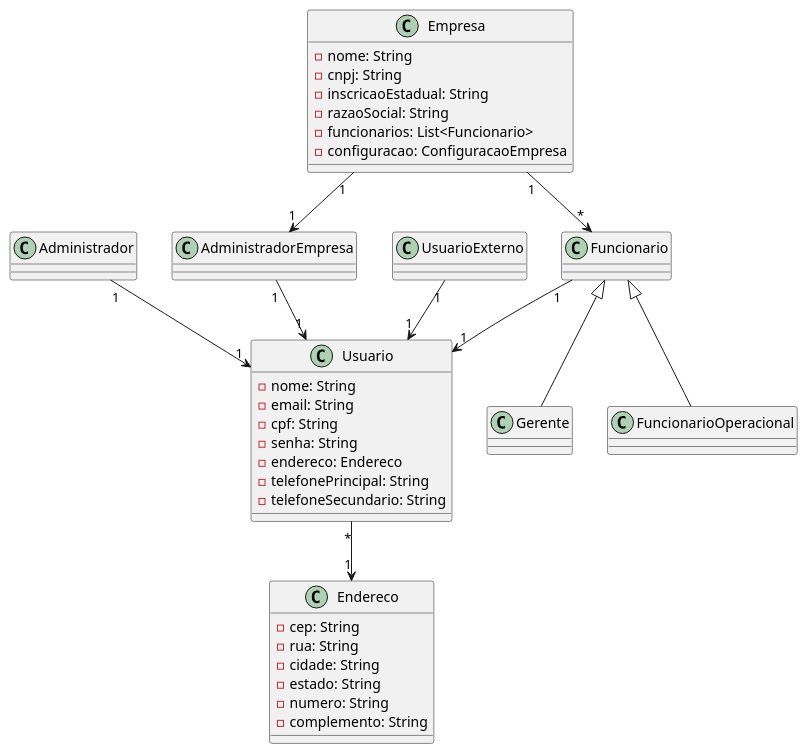
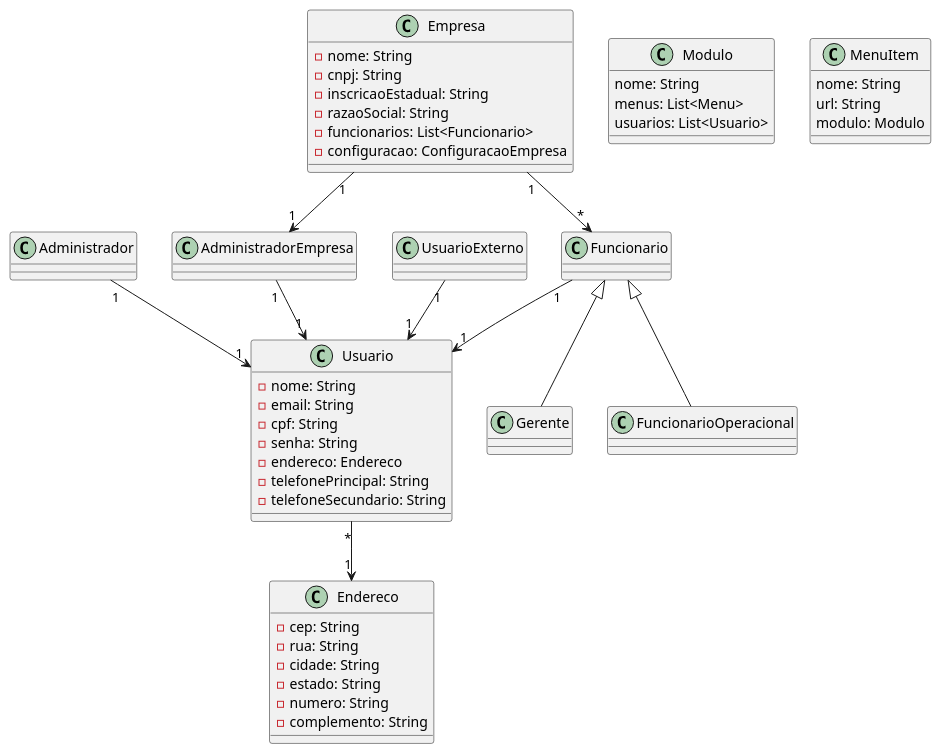
One commit to luan-coelho/quarkus-common changed the diagram in diagram-class.plantuml. Above: the diagram before and after it, drawn with PlantUML. The commit also changed 29 other files, not shown here.

```diff
--- a/diagram-class.plantuml
+++ b/diagram-class.plantuml
@@ -1,81 +1,96 @@
 @startuml
 
 class Usuario {
     -nome: String
     -email: String
     -cpf: String
     -senha: String
     -endereco: Endereco
     -telefonePrincipal: String
     -telefoneSecundario: String
 }
 
 class Endereco {
     -cep: String
     -rua: String
     -cidade: String
     -estado: String
     -numero: String
     -complemento: String
 }
 
 class Empresa {
     -nome: String
     -cnpj: String
     -inscricaoEstadual: String
     -razaoSocial: String
     -funcionarios: List<Funcionario>
     -configuracao: ConfiguracaoEmpresa
 }
 
 /'
 class ConfiguracaoEmpresa {
     -horarioFuncionamento: List<HorarioPorDiaSemana>
 }
 
 class HorarioPorDiaSemana {
     -diaSemana: DiaSemana
     -inicio: LocalTime
     -fim: LocalTime
 }
 
 enum DiaSemana {
     +SEGUNDA
     +TERCA
     +QUARTA
     +QUINTA
     +SEXTA
     +SABADO
 } 
 '/
 
 class Administrador {
 }
 
 class Funcionario {
     
 }
 
 
 class Gerente {
+
 }
 
 class FuncionarioOperacional {
+
 }
 
 class UsuarioExterno {
+
+}
+
+class Modulo {
+    nome: String
+    menus: List<Menu>
+    usuarios: List<Usuario>
+}
+
+class MenuItem {
+    nome: String
+    url: String
+    modulo: Modulo
 }
 
 Administrador "1" --> "1" Usuario
 UsuarioExterno "1" --> "1" Usuario
 Usuario "*" --> "1" Endereco
 AdministradorEmpresa "1" --> "1" Usuario
 Empresa "1" --> "1" AdministradorEmpresa
 Empresa "1" --> "*" Funcionario
 Funcionario <|-- Gerente
 Funcionario <|-- FuncionarioOperacional
 Funcionario "1" --> "1" Usuario
 ' Empresa "1" --> "1" ConfiguracaoEmpresa
 ' Funcionario "1" --> "1" HorarioUso
 
 @enduml
```
